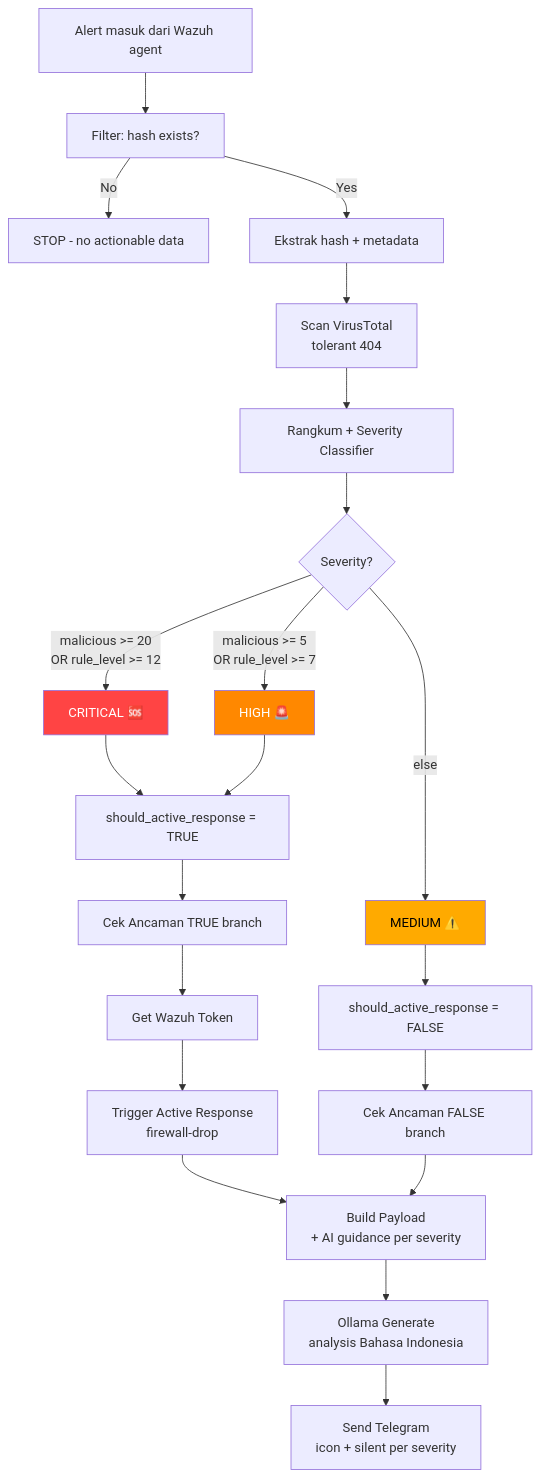
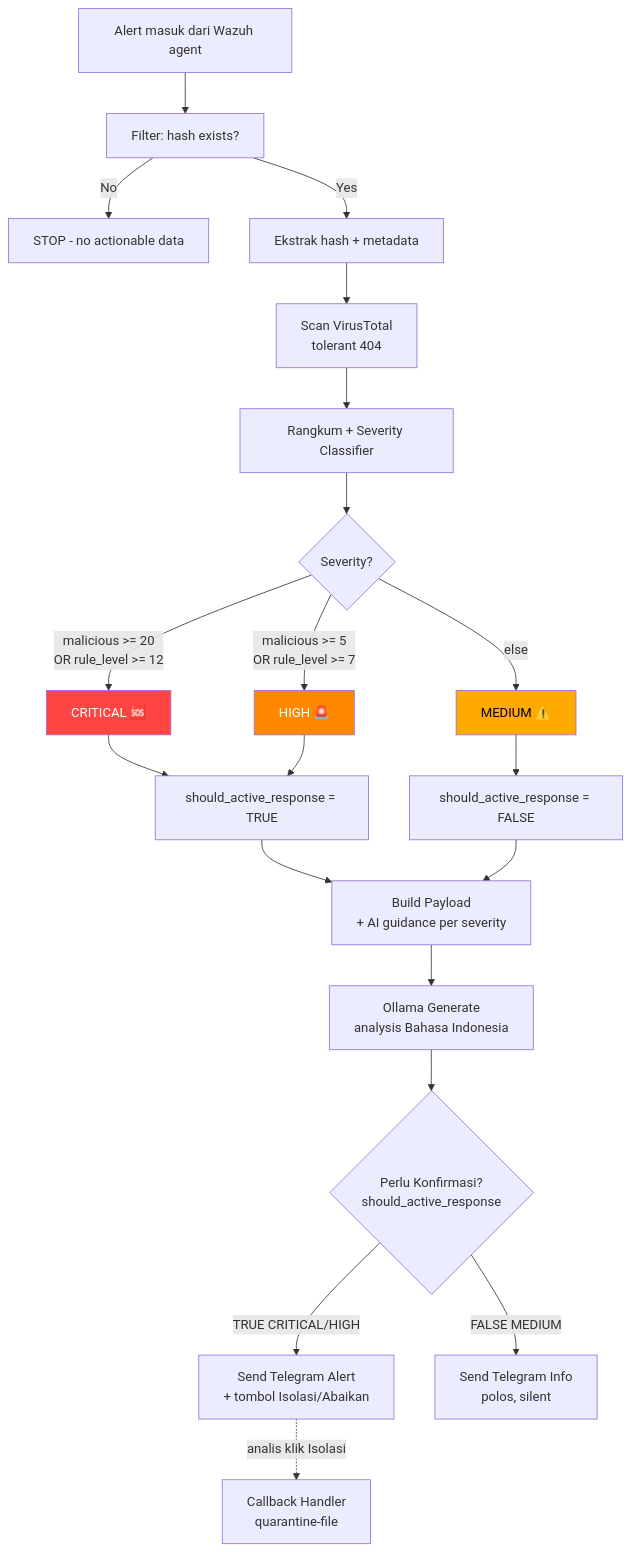
One commit to ravi-arnan/soar-project changed the third of 6 diagrams in docs/ARCHITECTURE.md. Above: the diagram before and after it, drawn with Mermaid. The commit also changed other lines of this file and 2 other files, not shown here.

First line of the commit message:
docs: sinkron arsitektur/flow/readme ke Active Response human-in-the-loop

````diff
--- a/docs/ARCHITECTURE.md
+++ b/docs/ARCHITECTURE.md
@@ -165,33 +190,31 @@
 ```mermaid
 graph TD
     A[Alert masuk dari Wazuh agent] --> B[Filter: hash exists?]
     B -->|No| Z1[STOP - no actionable data]
     B -->|Yes| C[Ekstrak hash + metadata]
     C --> D[Scan VirusTotal<br/>tolerant 404]
     D --> E[Rangkum + Severity Classifier]
 
     E --> F{Severity?}
     F -->|malicious >= 20<br/>OR rule_level >= 12| G[CRITICAL 🆘]
     F -->|malicious >= 5<br/>OR rule_level >= 7| H[HIGH 🚨]
     F -->|else| I[MEDIUM ⚠️]
 
     G --> J[should_active_response = TRUE]
     H --> J
     I --> K[should_active_response = FALSE]
 
-    J --> L[Cek Ancaman TRUE branch]
-    K --> M[Cek Ancaman FALSE branch]
-
-    L --> N[Get Wazuh Token]
-    N --> O[Trigger Active Response<br/>firewall-drop]
-    O --> P[Build Payload<br/>+ AI guidance per severity]
-
-    M --> P
+    J --> P[Build Payload<br/>+ AI guidance per severity]
+    K --> P
 
     P --> Q[Ollama Generate<br/>analysis Bahasa Indonesia]
-    Q --> R[Send Telegram<br/>icon + silent per severity]
+    Q --> S{Perlu Konfirmasi?<br/>should_active_response}
+    S -->|TRUE CRITICAL/HIGH| T[Send Telegram Alert<br/>+ tombol Isolasi/Abaikan]
+    S -->|FALSE MEDIUM| U[Send Telegram Info<br/>polos, silent]
+
+    T -.->|analis klik Isolasi| V[Callback Handler<br/>quarantine-file]
 
     style G fill:#ff4444,color:#fff
     style H fill:#ff8800,color:#fff
     style I fill:#ffaa00,color:#000
 ```
````
